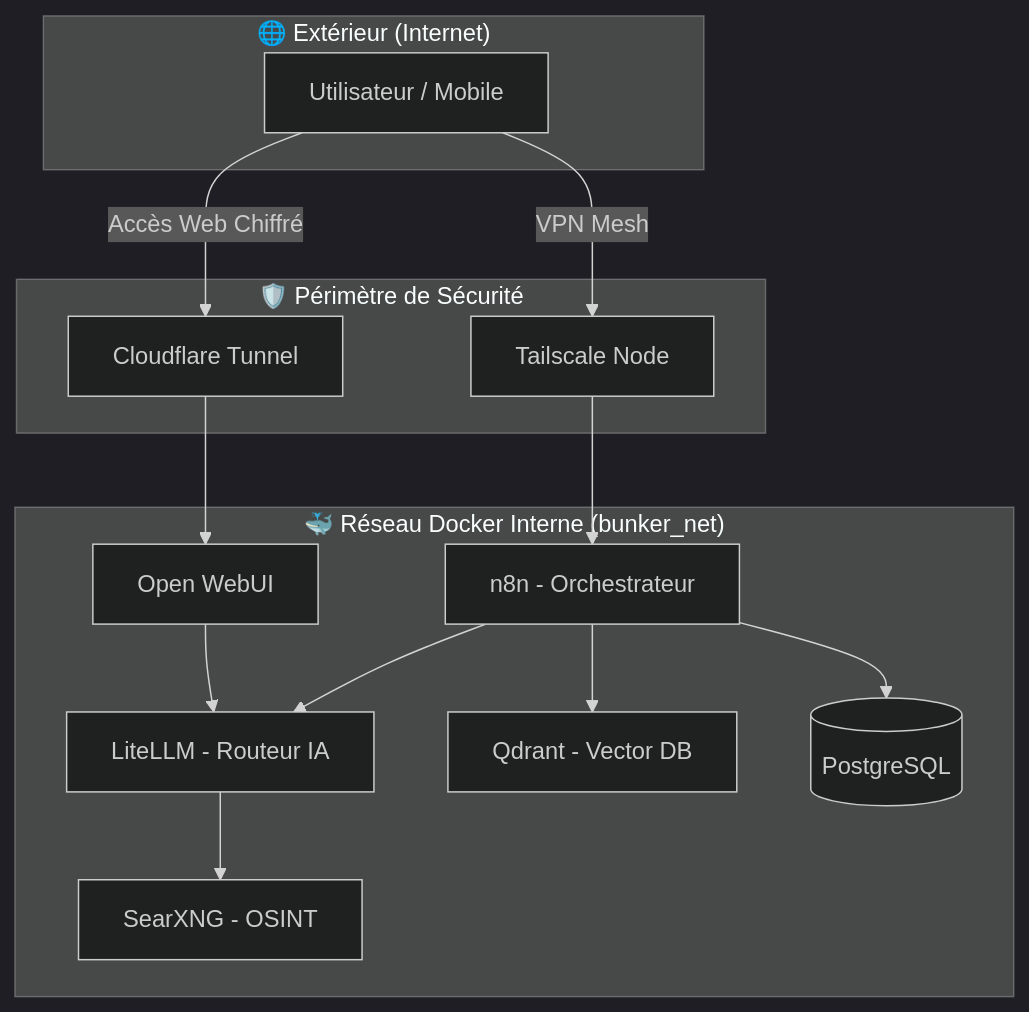
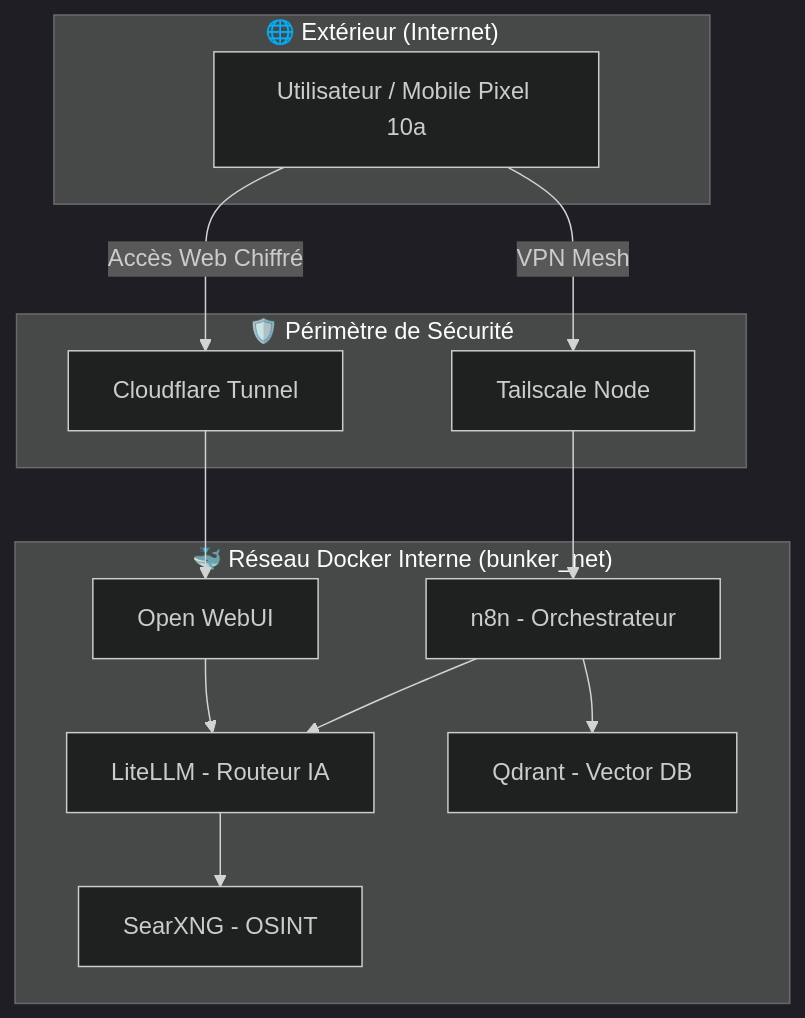
Before and after one commit to ORIORIS-FR/orioris-infra-docker: the diagram in README.md, drawn with Mermaid (dark theme). The commit also changed other lines of this file, not shown here.

First line of the commit message:
Revise README for architecture and security updates

````diff
--- a/README.md
+++ b/README.md
@@ -14,32 +14,30 @@
 ```mermaid
 graph TD
     subgraph "🌐 Extérieur (Internet)"
-        User[Utilisateur / Mobile]
+        User[Utilisateur / Mobile Pixel 10a]
     end
 
     subgraph "🛡️ Périmètre de Sécurité"
         CF[Cloudflare Tunnel]
         TS[Tailscale Node]
     end
 
     subgraph "🐳 Réseau Docker Interne (bunker_net)"
         N8N[n8n - Orchestrateur]
         LLM[LiteLLM - Routeur IA]
         VDB[Qdrant - Vector DB]
-        DB[(PostgreSQL)]
         CHAT[Open WebUI]
         SEARCH[SearXNG - OSINT]
     end
 
     User -->|Accès Web Chiffré| CF
     User -->|VPN Mesh| TS
     
     CF --> CHAT
     TS --> N8N
     
     CHAT --> LLM
     N8N --> LLM
     N8N --> VDB
-    N8N --> DB
     LLM --> SEARCH
 ```
````
